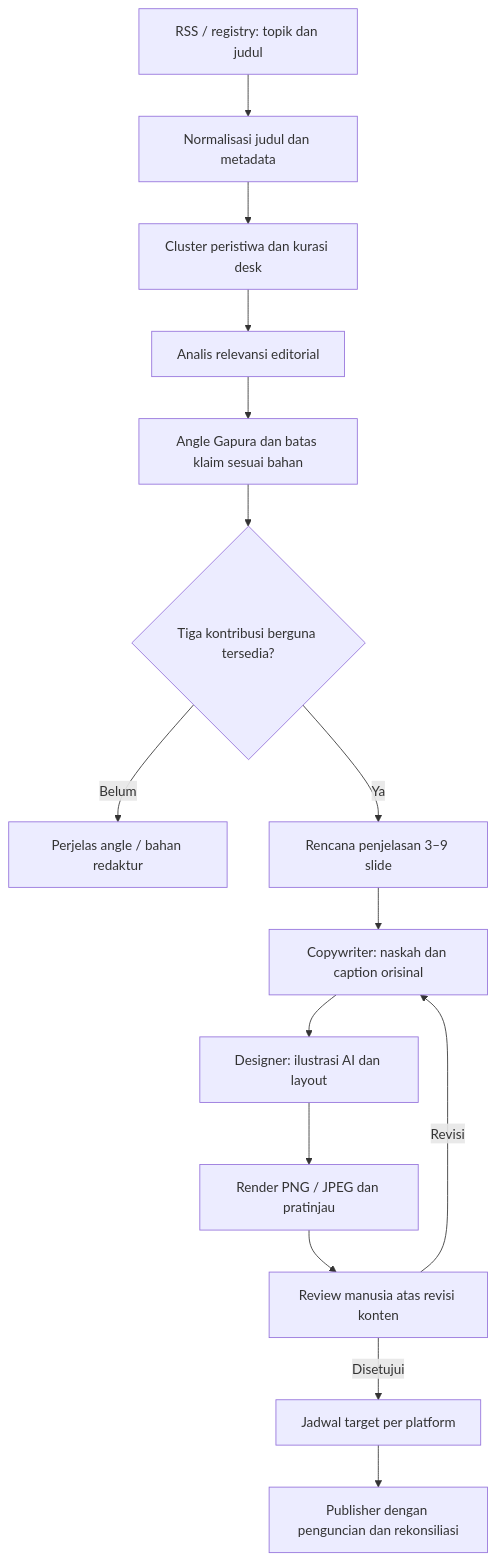
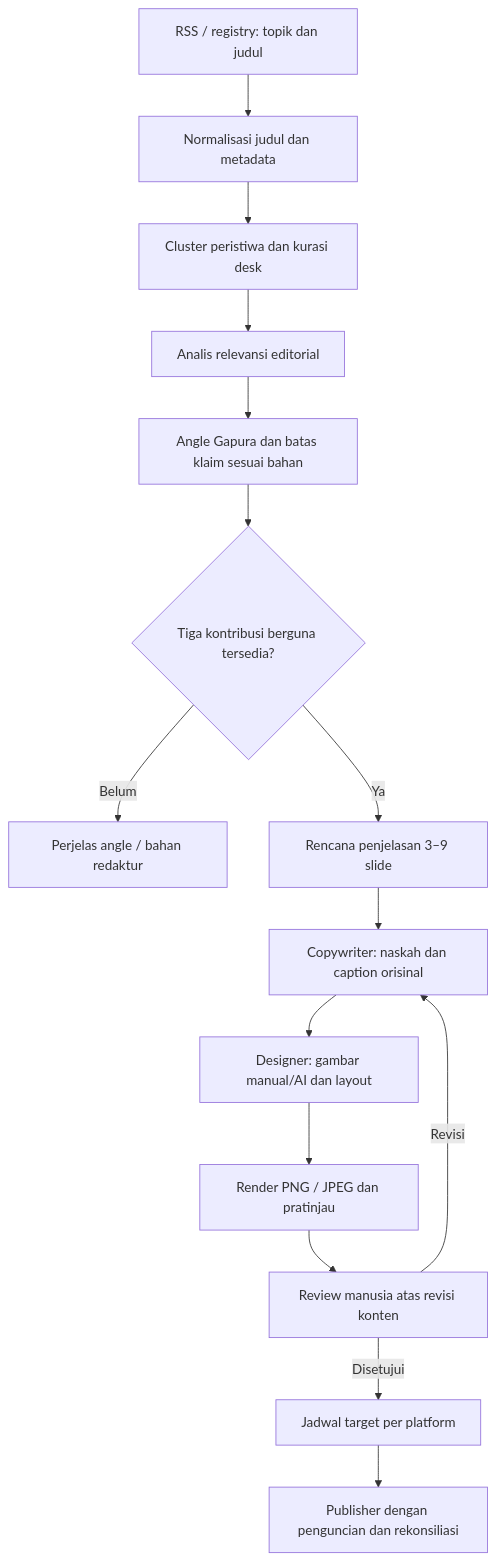
Before and after one commit to aryarifki/gapura: the diagram in docs/plans/07_EDITORIAL_REDESIGN_BLUEPRINT.md, drawn with Mermaid. The commit also changed other lines of this file and 25 other files, not shown here.

````diff
--- a/docs/plans/07_EDITORIAL_REDESIGN_BLUEPRINT.md
+++ b/docs/plans/07_EDITORIAL_REDESIGN_BLUEPRINT.md
@@ -219,17 +221,17 @@
 ```mermaid
 flowchart TD
     A[RSS / registry: topik dan judul] --> B[Normalisasi judul dan metadata]
     B --> C[Cluster peristiwa dan kurasi desk]
     C --> D[Analis relevansi editorial]
     D --> E[Angle Gapura dan batas klaim sesuai bahan]
     E --> F{Tiga kontribusi berguna tersedia?}
     F -- Belum --> G[Perjelas angle / bahan redaktur]
     F -- Ya --> H[Rencana penjelasan 3–9 slide]
     H --> I[Copywriter: naskah dan caption orisinal]
-    I --> J[Designer: ilustrasi AI dan layout]
+    I --> J[Designer: gambar manual/AI dan layout]
     J --> K[Render PNG / JPEG dan pratinjau]
     K --> L[Review manusia atas revisi konten]
     L -- Revisi --> I
     L -- Disetujui --> M[Jadwal target per platform]
     M --> N[Publisher dengan penguncian dan rekonsiliasi]
 ```
````
